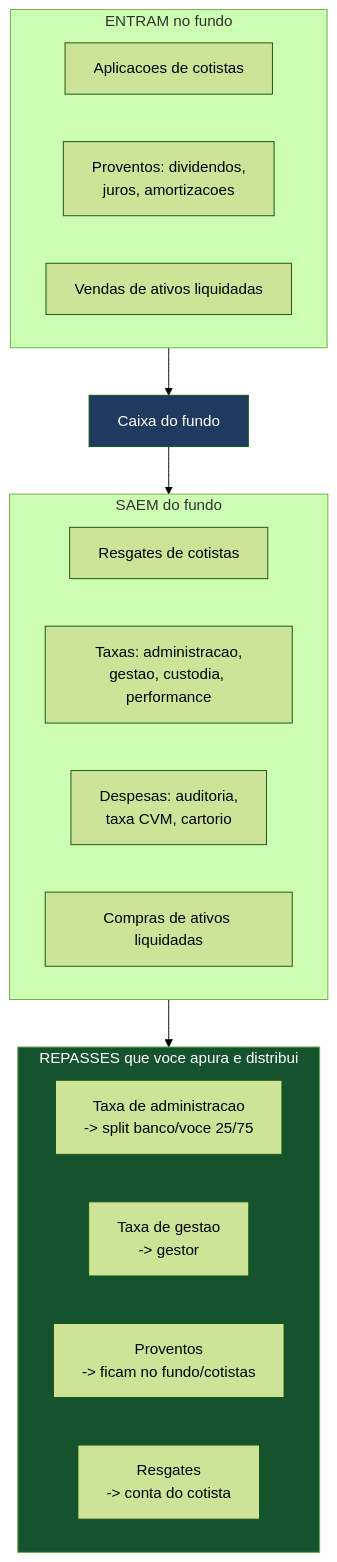
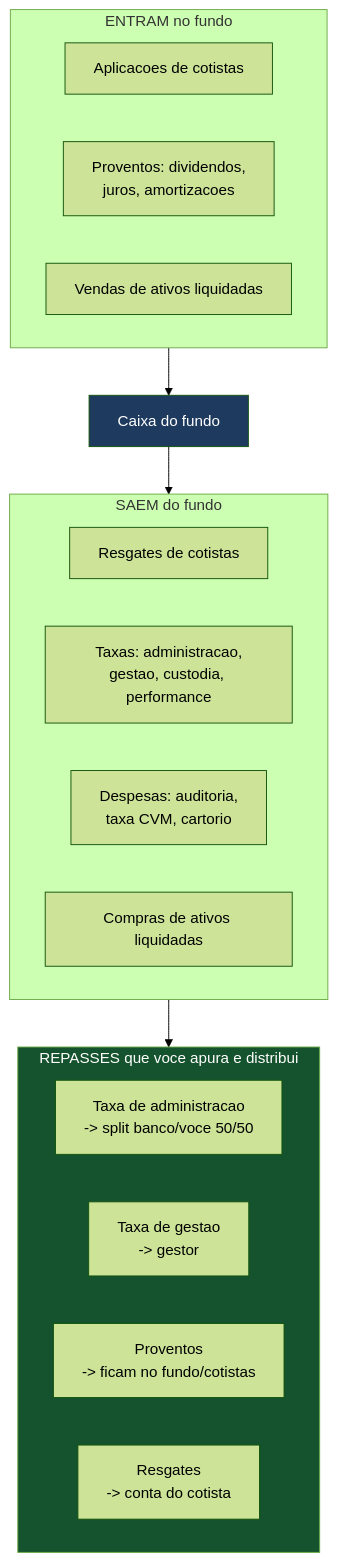
One commit to viniciuscbf/dtvm changed the tenth of 12 diagrams in guia_tecnico_sistemas.md. Above: the diagram before and after it, drawn with Mermaid (forest theme). The commit also changed other lines of this file and 41 other files, not shown here.

````diff
--- a/guia_tecnico_sistemas.md
+++ b/guia_tecnico_sistemas.md
@@ -292,25 +292,25 @@
 ```mermaid
 graph TB
     subgraph Entradas["ENTRAM no fundo"]
         E1[Aplicacoes de cotistas]
         E2[Proventos: dividendos,<br/>juros, amortizacoes]
         E3[Vendas de ativos liquidadas]
     end
     subgraph Saidas["SAEM do fundo"]
         S1[Resgates de cotistas]
         S2[Taxas: administracao,<br/>gestao, custodia, performance]
         S3[Despesas: auditoria,<br/>taxa CVM, cartorio]
         S4[Compras de ativos liquidadas]
     end
     subgraph Repasses["REPASSES que voce apura e distribui"]
-        R1[Taxa de administracao<br/>-> split banco/voce 25/75]
+        R1[Taxa de administracao<br/>-> split banco/voce 50/50]
         R2[Taxa de gestao<br/>-> gestor]
         R3[Proventos<br/>-> ficam no fundo/cotistas]
         R4[Resgates<br/>-> conta do cotista]
     end
     Entradas --> Caixa[Caixa do fundo]
     Caixa --> Saidas
     Saidas --> Repasses
     style Caixa fill:#1e3a5f,color:#fff
     style Repasses fill:#14532d,color:#fff
 ```
````
